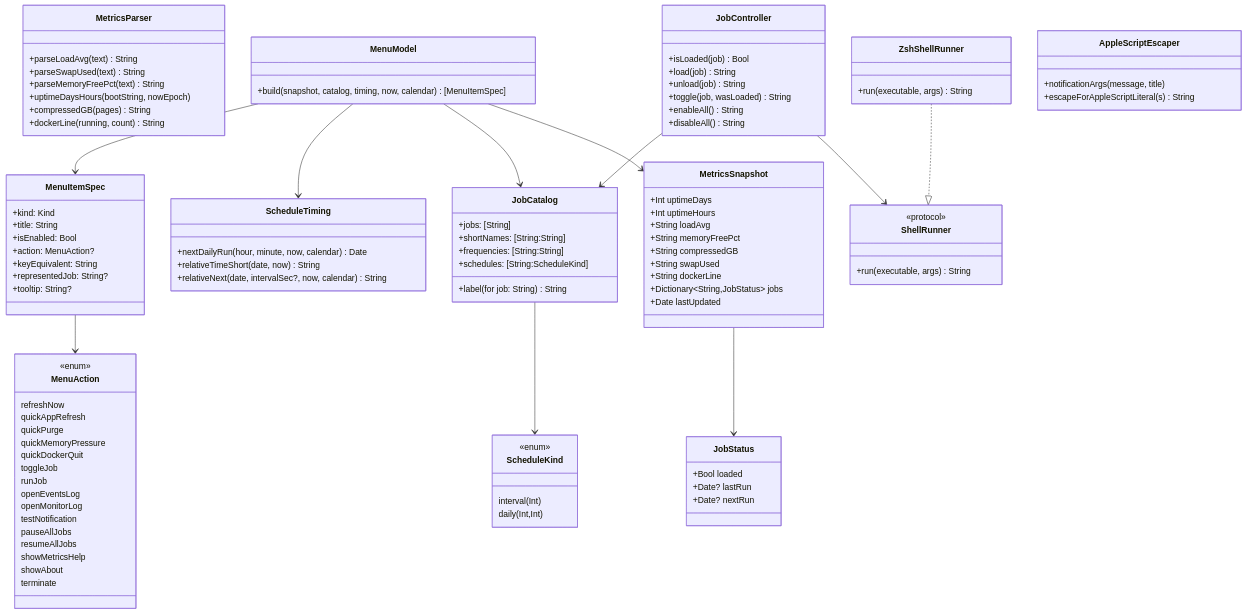
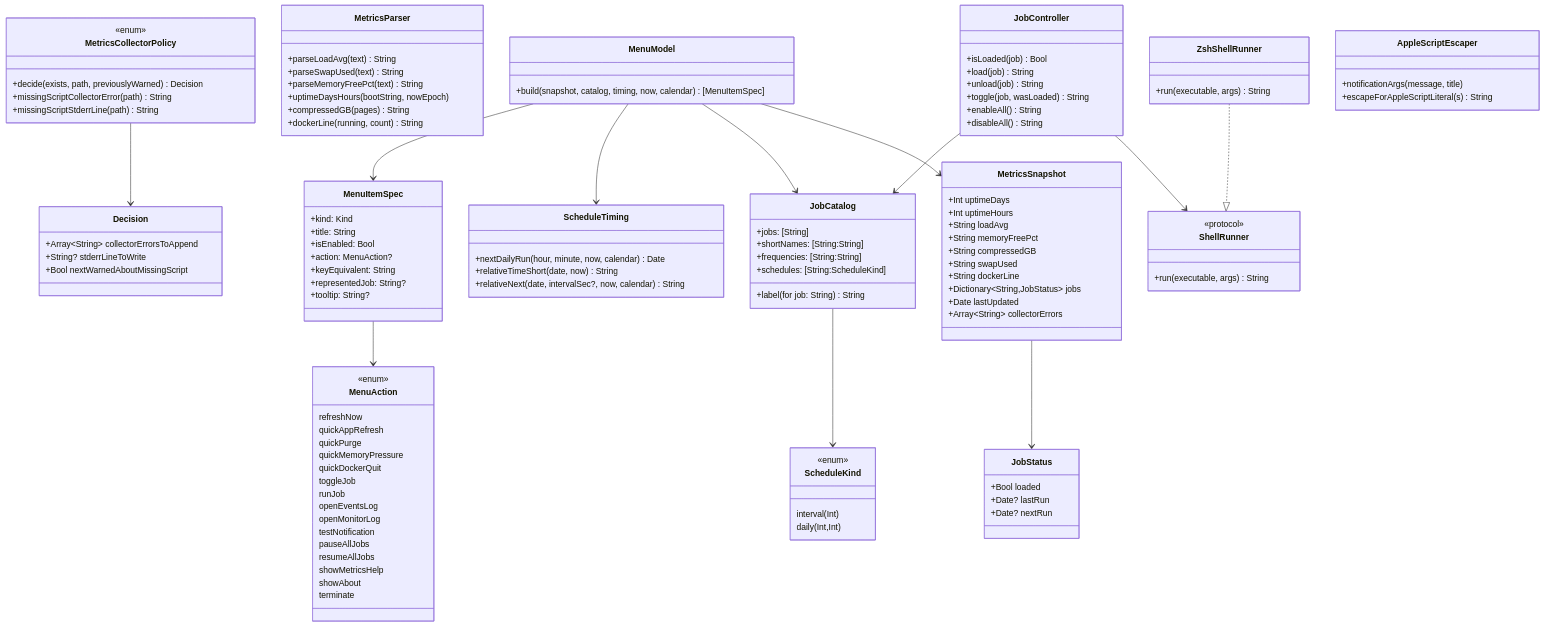
The fourth of 6 diagrams in docs/01_システム概要/03_アーキテクチャ/README.md (RUA-PROM/mac-healh-keeper), drawn with Mermaid before and after one commit. The commit also changed other lines of this file and 37 other files, not shown here.

````diff
--- a/docs/01_システム概要/03_アーキテクチャ/README.md
+++ b/docs/01_システム概要/03_アーキテクチャ/README.md
@@ -234,6 +235,18 @@
         +String dockerLine
         +Dictionary~String,JobStatus~ jobs
         +Date lastUpdated
+        +Array~String~ collectorErrors
+    }
+    class MetricsCollectorPolicy {
+        <<enum>>
+        +decide(exists, path, previouslyWarned) Decision
+        +missingScriptCollectorError(path) String
+        +missingScriptStderrLine(path) String
+    }
+    class Decision {
+        +Array~String~ collectorErrorsToAppend
+        +String? stderrLineToWrite
+        +Bool nextWarnedAboutMissingScript
     }
     class JobStatus {
         +Bool loaded
@@ -325,4 +338,5 @@
     ZshShellRunner ..|> ShellRunner
     JobController --> ShellRunner
     JobController --> JobCatalog
+    MetricsCollectorPolicy --> Decision
 ```
````
